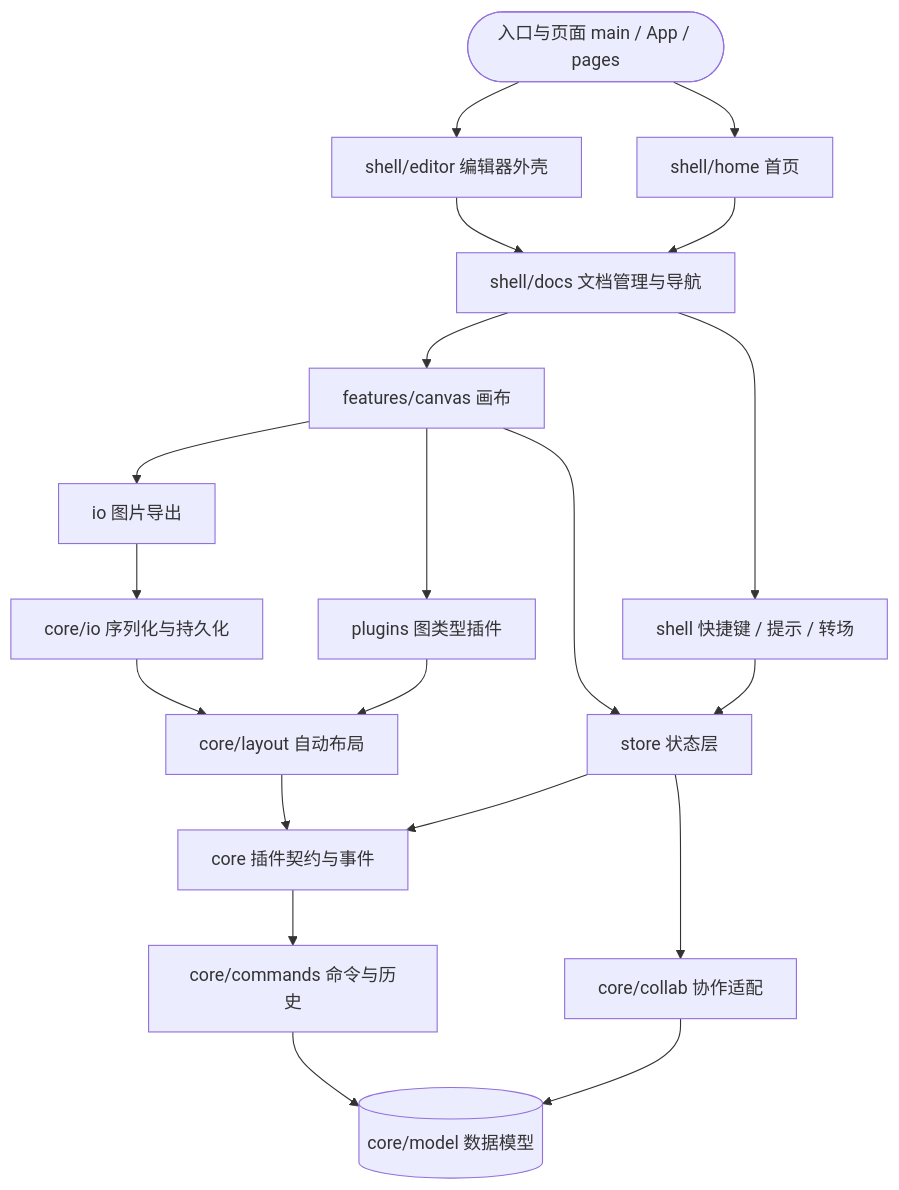
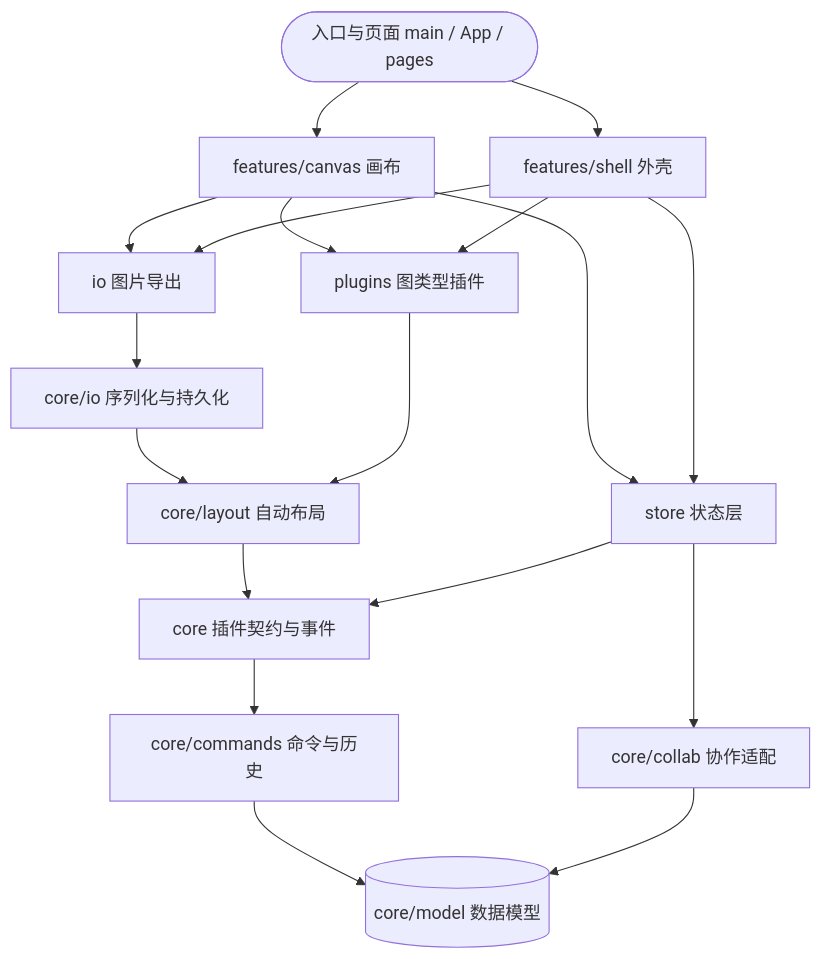
The diagram in labs/lab4-design/module-deps.mmd (Aqua196/diagramstudio), drawn with Mermaid before and after one commit.

Commit message:
chore(lab4): 按重构后的依赖重新生成模块依赖图源文件
外壳子模块合并为一个节点并做传递约简（12 个节点、17 条边）；外壳与画布之间已无依赖。

Claude-Session: https://claude.ai/code/session_01HnAczPfBeN5G2d8mLHbDv4

```diff
--- a/labs/lab4-design/module-deps.mmd
+++ b/labs/lab4-design/module-deps.mmd
@@ -1,35 +1,30 @@
 flowchart TB
   APP([入口与页面 main / App / pages])
-  HOME[shell/home 首页]
-  ED[shell/editor 编辑器外壳]
-  SH[shell 快捷键 / 提示 / 转场]
-  DOCS[shell/docs 文档管理与导航]
+  SH[features/shell 外壳]
   CV[features/canvas 画布]
   PL[plugins 图类型插件]
   ST[store 状态层]
   IOX[io 图片导出]
   CT[core 插件契约与事件]
   CMD[core/commands 命令与历史]
   LAY[core/layout 自动布局]
   CIO[core/io 序列化与持久化]
   COL[core/collab 协作适配]
   MOD[(core/model 数据模型)]
-  APP --> ED
-  APP --> HOME
+  APP --> CV
+  APP --> SH
   CIO --> LAY
   CMD --> MOD
   COL --> MOD
   CT --> CMD
   CV --> IOX
   CV --> PL
   CV --> ST
-  DOCS --> CV
-  DOCS --> SH
-  ED --> DOCS
-  HOME --> DOCS
   IOX --> CIO
   LAY --> CT
   PL --> LAY
+  SH --> IOX
+  SH --> PL
   SH --> ST
   ST --> COL
   ST --> CT
```
